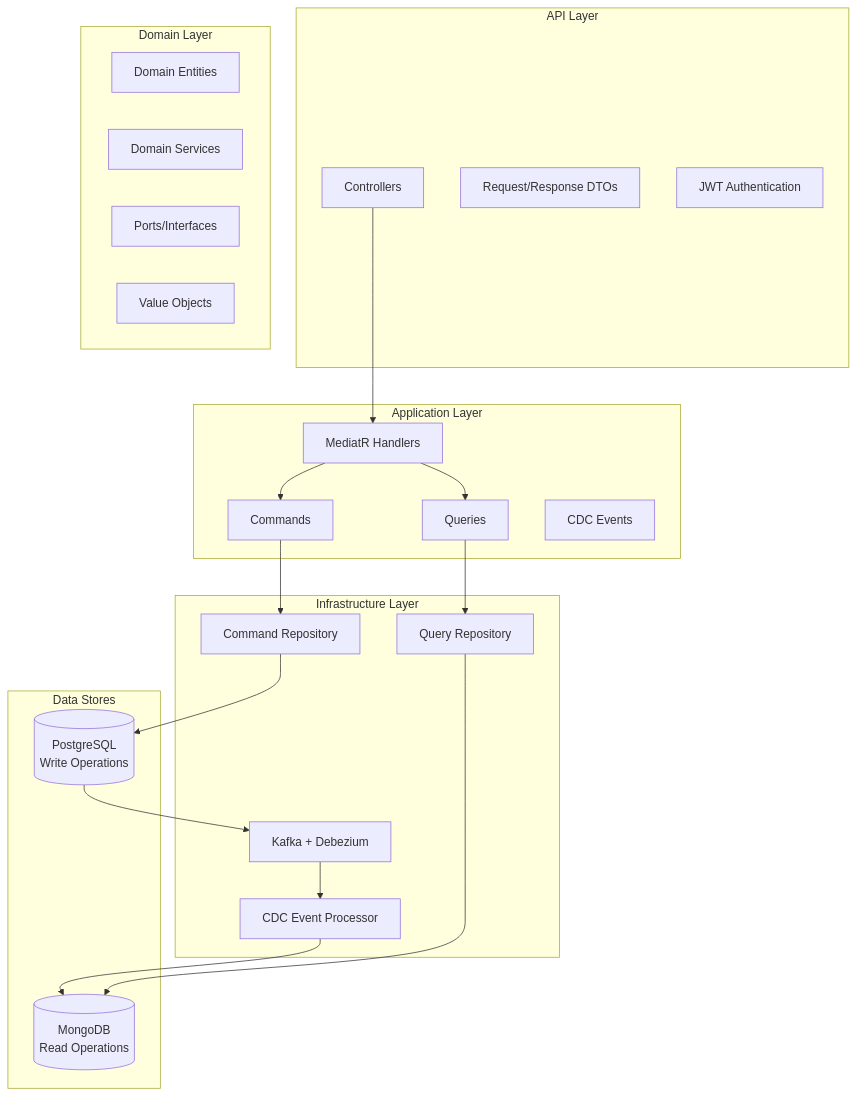
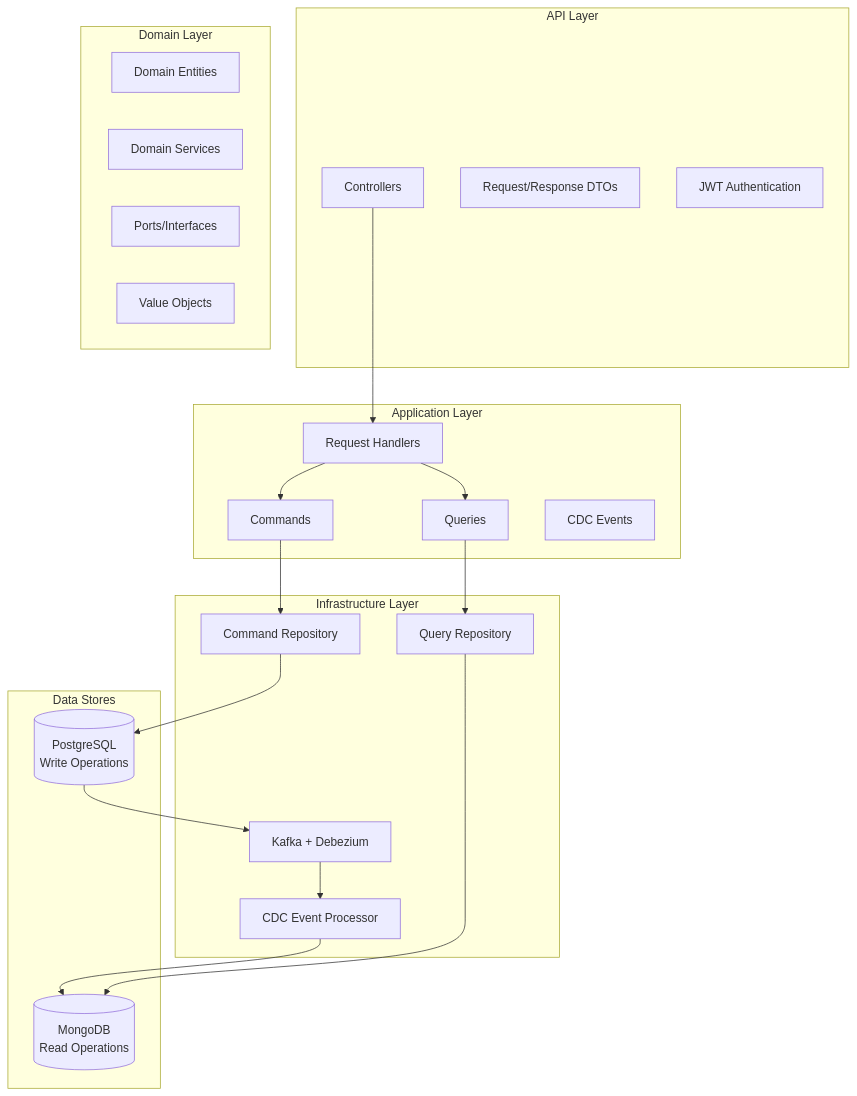
Before and after one commit to asanabrial/.net-api-hexagonal-skeleton: the second of 3 diagrams in README.md, drawn with Mermaid. The commit also changed other lines of this file, not shown here.

````diff
--- a/README.md
+++ b/README.md
@@ -162,45 +163,45 @@
 ```mermaid
 graph TB
     subgraph "API Layer"
         Controllers[Controllers]
         DTOs[Request/Response DTOs]
         Auth[JWT Authentication]
     end
 
     subgraph "Application Layer"
         Commands[Commands]
         Queries[Queries]
-        Handlers[MediatR Handlers]
+        Handlers[Request Handlers]
         CdcEvents[CDC Events]
     end
 
     subgraph "Domain Layer"
         Entities[Domain Entities]
         DomainServices[Domain Services]
         Ports[Ports/Interfaces]
         ValueObjects[Value Objects]
     end
 
     subgraph "Infrastructure Layer"
         WriteRepo[Command Repository]
         ReadRepo[Query Repository]
         CdcProcessor[CDC Event Processor]
         Kafka[Kafka + Debezium]
     end
 
     subgraph "Data Stores"
         PostgreSQL[(PostgreSQL<br/>Write Operations)]
         MongoDB[(MongoDB<br/>Read Operations)]
     end
 
     Controllers --> Handlers
     Handlers --> Commands
     Handlers --> Queries
     Commands --> WriteRepo
     Queries --> ReadRepo
     WriteRepo --> PostgreSQL
     ReadRepo --> MongoDB
     PostgreSQL --> Kafka
     Kafka --> CdcProcessor
     CdcProcessor --> MongoDB
 ```
````
